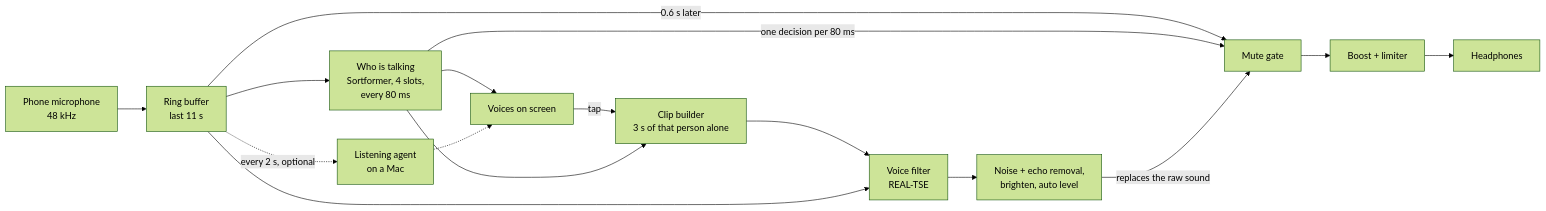
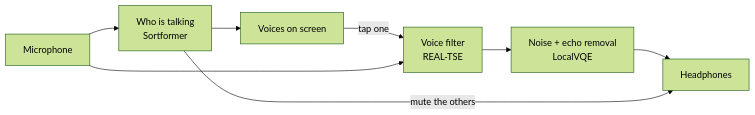
Before and after one commit to aleburrascano/tether: the diagram in README.md, drawn with Mermaid (forest theme). The commit also changed other lines of this file and 2 other files, not shown here.

Commit message:
Short README for judges; detail moved to docs/ARCHITECTURE.md

````diff
--- a/README.md
+++ b/README.md
@@ -21,20 +11,10 @@
 ```mermaid
 flowchart LR
-    mic[Phone microphone<br/>48 kHz] --> ring[Ring buffer<br/>last 11 s]
-    ring -->|0.6 s later| gate[Mute gate]
-    gate --> level[Boost + limiter] --> out[Headphones]
-
-    ring --> who[Who is talking<br/>Sortformer, 4 slots,<br/>every 80 ms]
+    mic[Microphone] --> who[Who is talking<br/>Sortformer]
     who --> voices[Voices on screen]
-    who -->|one decision per 80 ms| gate
-
-    voices -->|tap| clip[Clip builder<br/>3 s of that person alone]
-    who --> clip
-    clip --> filter[Voice filter<br/>REAL-TSE]
-    ring --> filter
-    filter --> clean[Noise + echo removal,<br/>brighten, auto level]
-    clean -->|replaces the raw sound| gate
-
-    ring -.->|every 2 s, optional| agent[Listening agent<br/>on a Mac]
-    agent -.-> voices
+    voices -->|tap one| filter[Voice filter<br/>REAL-TSE]
+    mic --> filter
+    filter --> clean[Noise + echo removal<br/>LocalVQE]
+    clean --> out[Headphones]
+    who -->|mute the others| out
 ```
````
